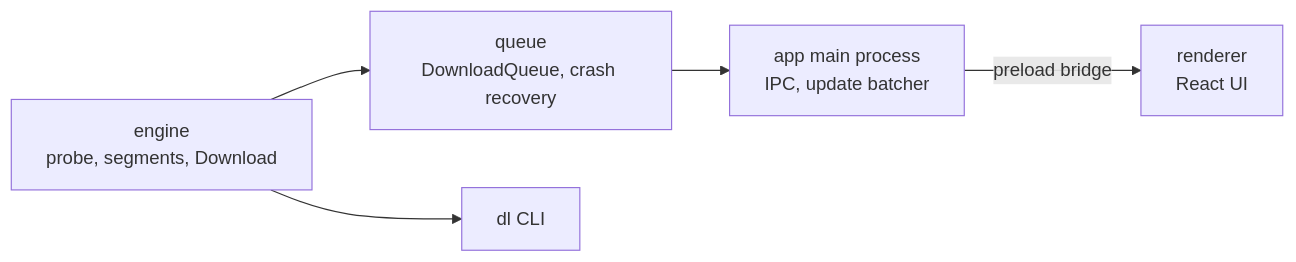
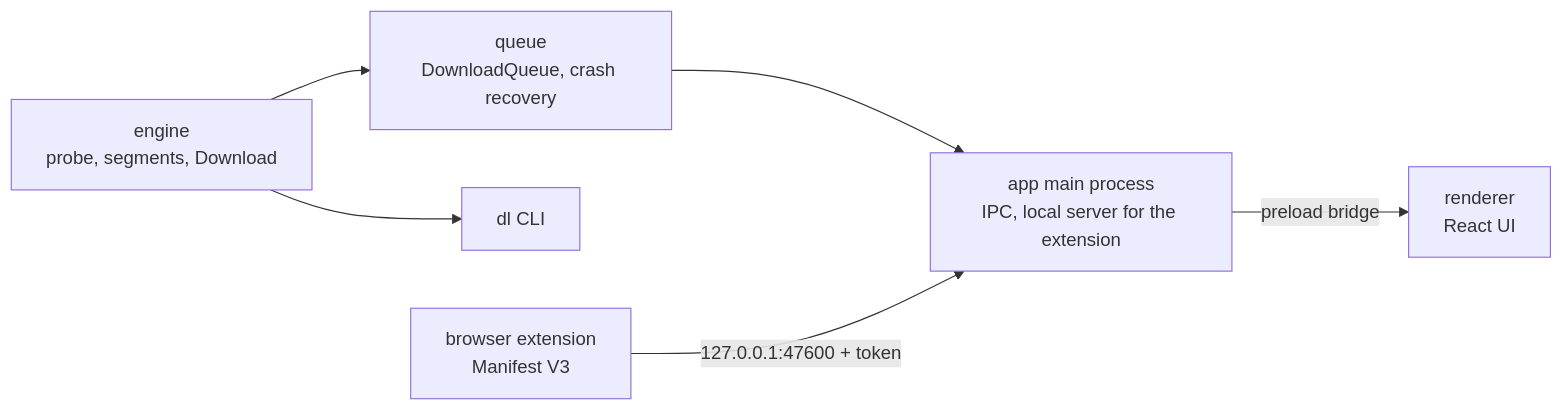
One commit to tejaswasnik/Fetchdeck changed the second of 2 diagrams in README.md. Above: the diagram before and after it, drawn with Mermaid. The commit also changed other lines of this file and 11 other files, not shown here.

````diff
--- a/README.md
+++ b/README.md
@@ -13,7 +178,8 @@
 ```mermaid
 flowchart LR
   E["engine<br/>probe, segments, Download"] --> Q["queue<br/>DownloadQueue, crash recovery"]
-  Q --> M["app main process<br/>IPC, update batcher"]
+  Q --> M["app main process<br/>IPC, local server for the extension"]
   M -- "preload bridge" --> R["renderer<br/>React UI"]
   E --> C["dl CLI"]
+  X["browser extension<br/>Manifest V3"] -- "127.0.0.1:47600 + token" --> M
 ```
````
